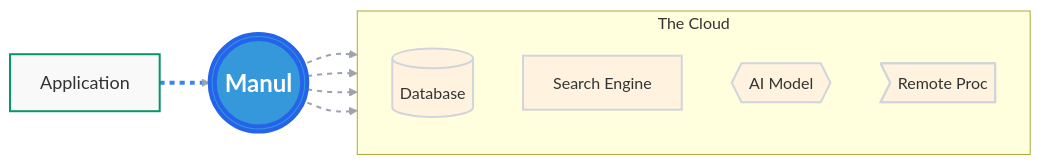
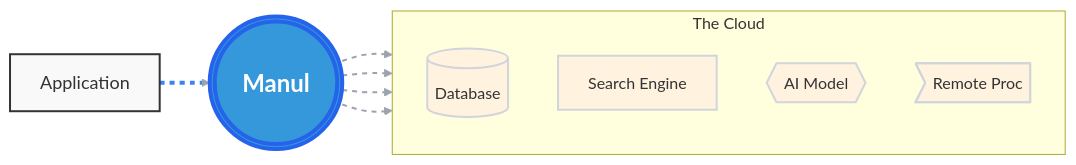
The second of 5 diagrams in slides.md (wizardleeen/manul-slides), drawn with Mermaid before and after one commit. The commit also changed other lines of this file, not shown here.

````diff
--- a/slides.md
+++ b/slides.md
@@ -128,38 +180,38 @@
 ```mermaid
 graph LR
     %% 1. Orientation changed to LR (Left to Right) to fit 16:9 slides
     
     app[Application]
-    manul(((Manul)))
+    manul((("&nbsp;&nbsp;&nbsp;Manul&nbsp;&nbsp;&nbsp;")))
 
     %% Grouping the infrastructure makes the diagram cleaner
     subgraph Cloud [The Cloud]
         direction TB
         db[(Database)]
         search[Search Engine]
         ai{{AI Model}}
         rpc>Remote Proc]
     end
 
     %% Connections
     app ==> manul
     manul -.-> db
     manul -.-> search
     manul -.-> ai
     manul -.-> rpc
 
     %% 2. Optimized Styling
     %% Increased font-size here so you don't need 'scale-200'
     classDef main fill:#3498db,stroke:#2563eb,stroke-width:4px,color:#fff,font-weight:bold,font-size:24px
-    classDef user fill:#f9f9f9,stroke:#059669,stroke-width:2px,color:#333,font-size:18px
+    classDef user fill:#f9f9f9,stroke:#333,stroke-width:2px,color:#333,font-size:18px
     classDef infra fill:#fff3e0,stroke:#d1d5db,stroke-width:2px,color:#333,font-size:16px
 
     %% Assign Classes
     class manul main
     class app user
     class db,search,ai,rpc infra
 
     %% Link Styling
     linkStyle 0 stroke:#3b82f6,stroke-width:4px
     linkStyle default stroke:#9ca3af,stroke-width:2px,stroke-dasharray: 5 5
 ```
````
